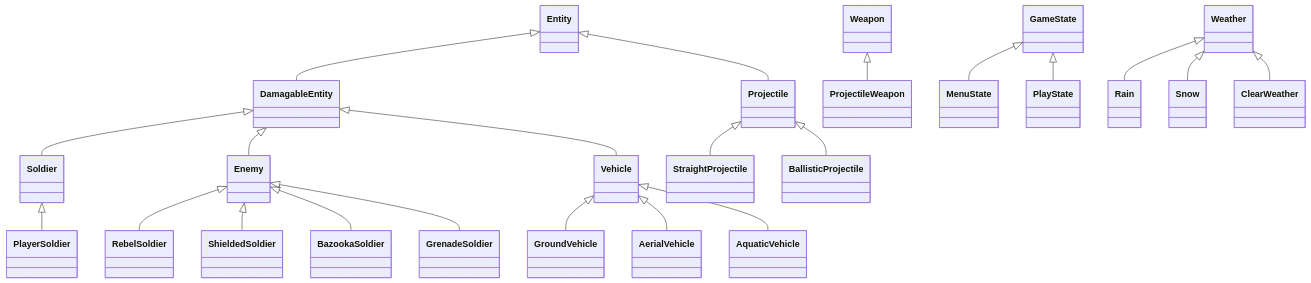
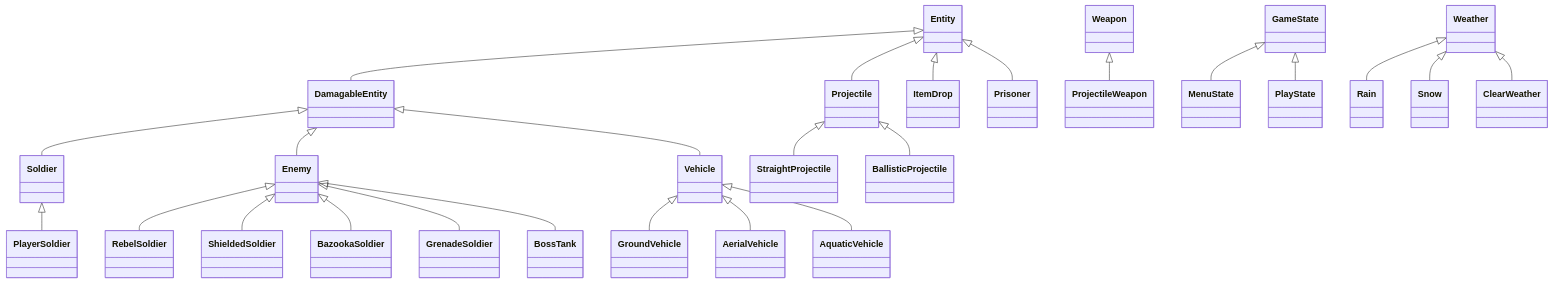
One commit to 1WhiteDeath1/OOP_PROJECT changed the diagram in README.md. Above: the diagram before and after it, drawn with Mermaid. The commit also changed other lines of this file and 8 other files, not shown here.

````diff
--- a/README.md
+++ b/README.md
@@ -137,24 +176,27 @@
 ```mermaid
 classDiagram
     Entity <|-- DamagableEntity
     Entity <|-- Projectile
+    Entity <|-- ItemDrop
+    Entity <|-- Prisoner
     DamagableEntity <|-- Soldier
     DamagableEntity <|-- Enemy
     DamagableEntity <|-- Vehicle
     Soldier <|-- PlayerSoldier
     Enemy <|-- RebelSoldier
     Enemy <|-- ShieldedSoldier
     Enemy <|-- BazookaSoldier
     Enemy <|-- GrenadeSoldier
+    Enemy <|-- BossTank
     Vehicle <|-- GroundVehicle
     Vehicle <|-- AerialVehicle
     Vehicle <|-- AquaticVehicle
     Projectile <|-- StraightProjectile
     Projectile <|-- BallisticProjectile
     Weapon <|-- ProjectileWeapon
     GameState <|-- MenuState
     GameState <|-- PlayState
     Weather <|-- Rain
     Weather <|-- Snow
     Weather <|-- ClearWeather
 ```
````
